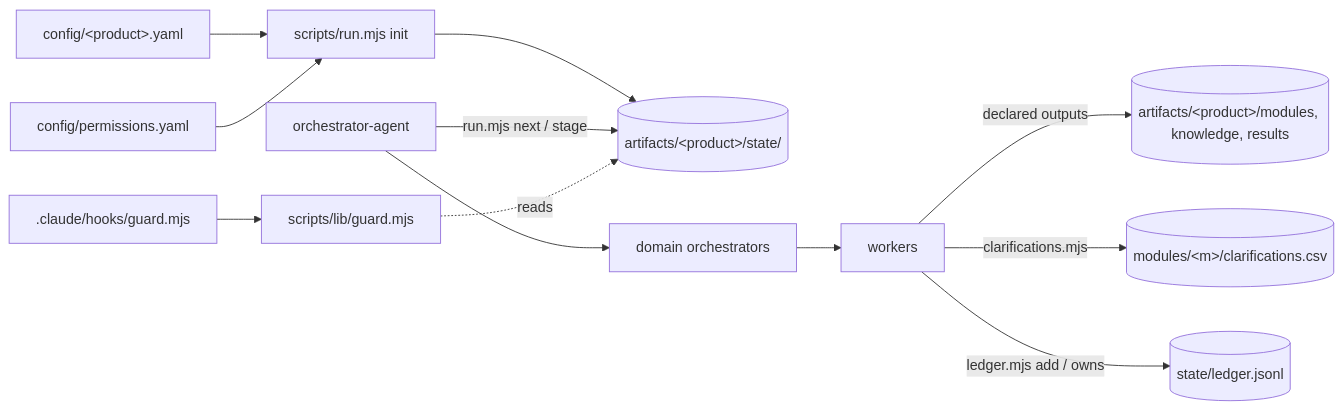
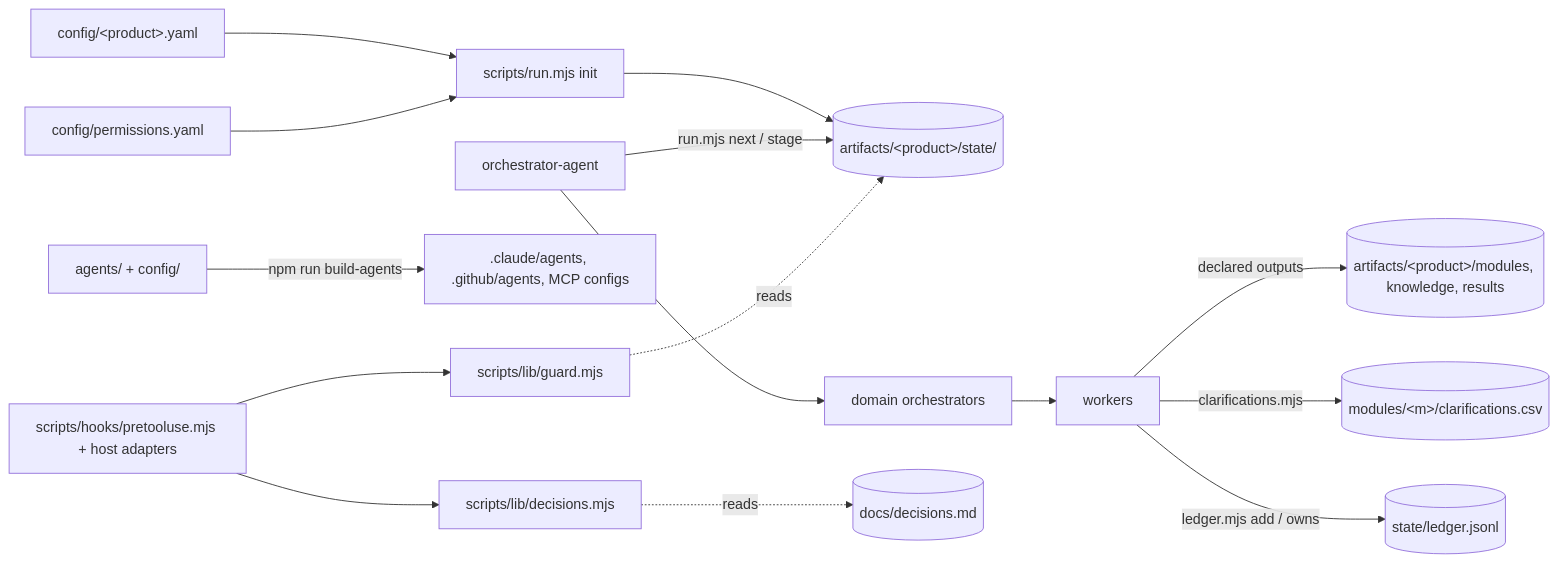
Before and after one commit to RakeshM7/agentic-testing-framework: the diagram in architecture.md, drawn with Mermaid. The commit also changed other lines of this file and 5 other files, not shown here.

First line of the commit message:
docs: one agent source on every host; CI runs npm run check

````diff
--- a/architecture.md
+++ b/architecture.md
@@ -13,14 +14,17 @@
 ```mermaid
 flowchart LR
   CFG[config/&lt;product&gt;.yaml] --> INIT[scripts/run.mjs init]
   PERM[config/permissions.yaml] --> INIT
   INIT --> STATE[(artifacts/&lt;product&gt;/state/)]
   MAIN[orchestrator-agent] -->|run.mjs next / stage| STATE
   MAIN --> DOM[domain orchestrators]
   DOM --> W[workers]
   W -->|declared outputs| ART[(artifacts/&lt;product&gt;/modules, knowledge, results)]
   W -->|clarifications.mjs| CSV[(modules/&lt;m&gt;/clarifications.csv)]
   W -->|ledger.mjs add / owns| LED[(state/ledger.jsonl)]
-  HOOK[.claude/hooks/guard.mjs] --> GUARD[scripts/lib/guard.mjs]
+  SRC[agents/ + config/] -->|npm run build-agents| GEN[.claude/agents, .github/agents, MCP configs]
+  HOOK[scripts/hooks/pretooluse.mjs + host adapters] --> GUARD[scripts/lib/guard.mjs]
+  HOOK --> DEC[scripts/lib/decisions.mjs]
   GUARD -.reads.-> STATE
+  DEC -.reads.-> LOG[(docs/decisions.md)]
 ```
````
